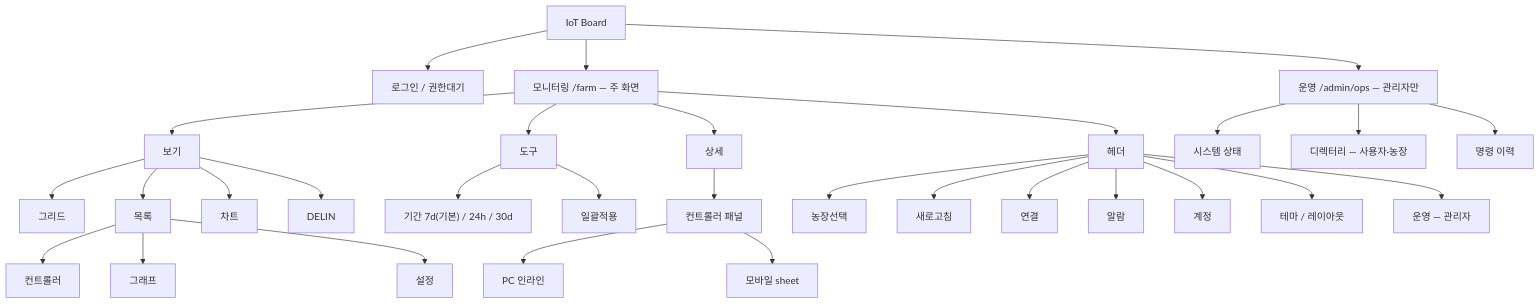
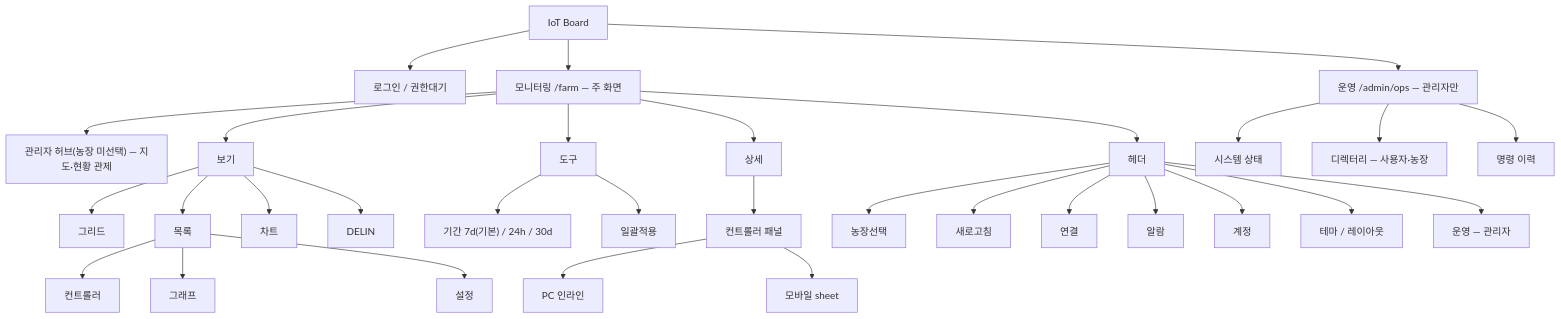
Before and after one commit to SIJackLee/dashboard: the first of 3 diagrams in web/docs/user-manual/10-메뉴구조도.md, drawn with Mermaid. The commit also changed 51 other files, not shown here.

````diff
--- a/web/docs/user-manual/10-메뉴구조도.md
+++ b/web/docs/user-manual/10-메뉴구조도.md
@@ -22,42 +22,43 @@
 ```mermaid
 flowchart TD
   root["IoT Board"]
 
   root --> auth["로그인 / 권한대기"]
   root --> farm["모니터링 /farm — 주 화면"]
   root --> ops["운영 /admin/ops — 관리자만"]
 
   %% 상단 세 꼭짓점: 보기 · 도구 · 상세
+  farm --> adminHub["관리자 허브(농장 미선택) — 지도·현황 관제"]
   farm --> view["보기"]
   farm --> tools["도구"]
   farm --> detail["상세"]
 
   view --> grid["그리드"]
   view --> list["목록"]
   view --> chart["차트"]
   view --> aria["DELIN"]
   list --> modeCtrl["컨트롤러"]
   list --> modeGraph["그래프"]
   list --> modeSet["설정"]
 
   tools --> period["기간 7d(기본) / 24h / 30d"]
   tools --> bulk["일괄적용"]
 
   detail --> panel["컨트롤러 패널"]
   panel --> pcInline["PC 인라인"]
   panel --> mobileSheet["모바일 sheet"]
 
   %% 하단 꼭짓점: 헤더 (화살표 farm --> header 동일)
   farm --> header["헤더"]
   header --> hFarm["농장선택"]
   header --> hRefresh["새로고침"]
   header --> hConn["연결"]
   header --> hAlarm["알람"]
   header --> hAccount["계정"]
   header --> hTheme["테마 / 레이아웃"]
   header --> hOps["운영 — 관리자"]
 
   ops --> system["시스템 상태"]
   ops --> directory["디렉터리 — 사용자·농장"]
   ops --> commands["명령 이력"]
 ```
````
